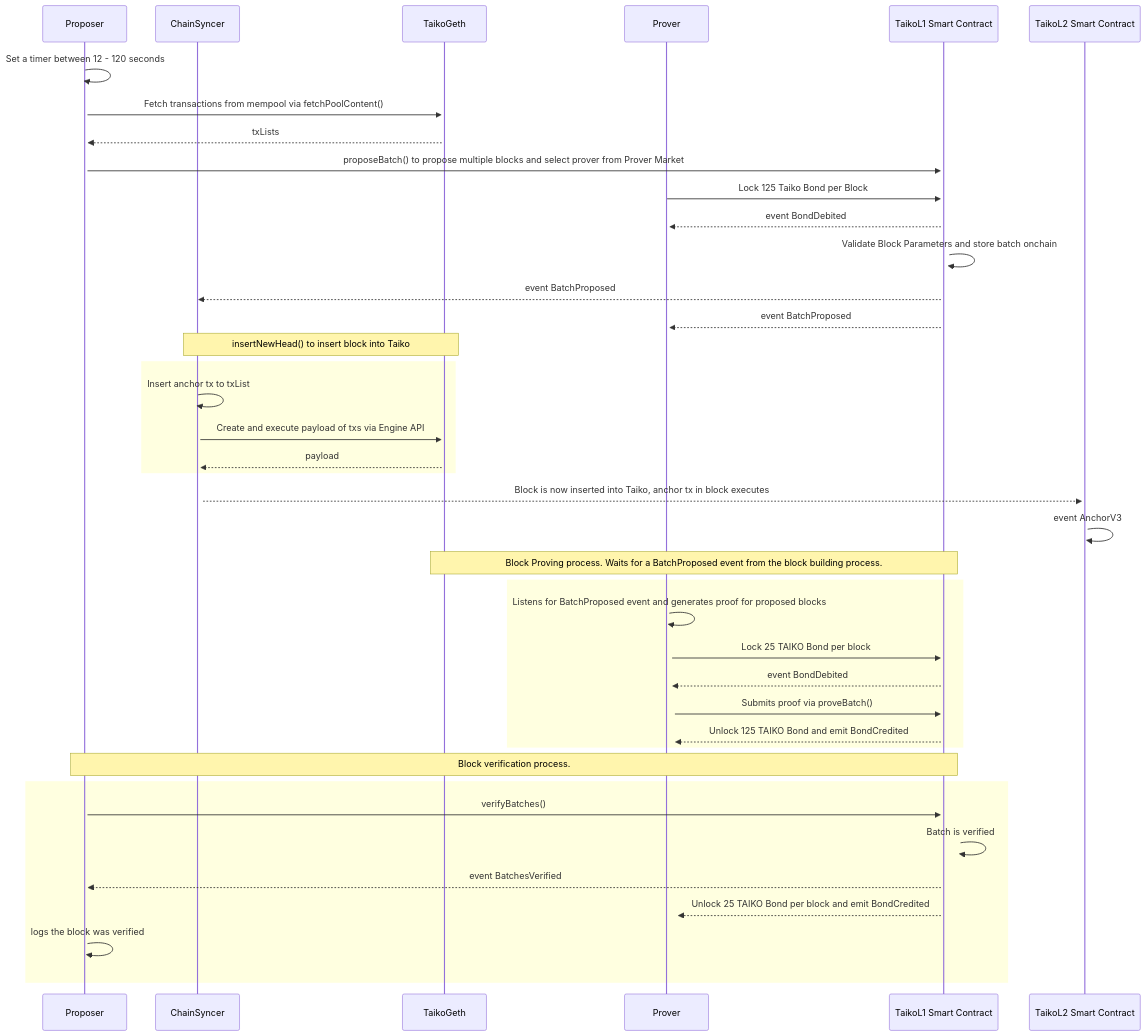
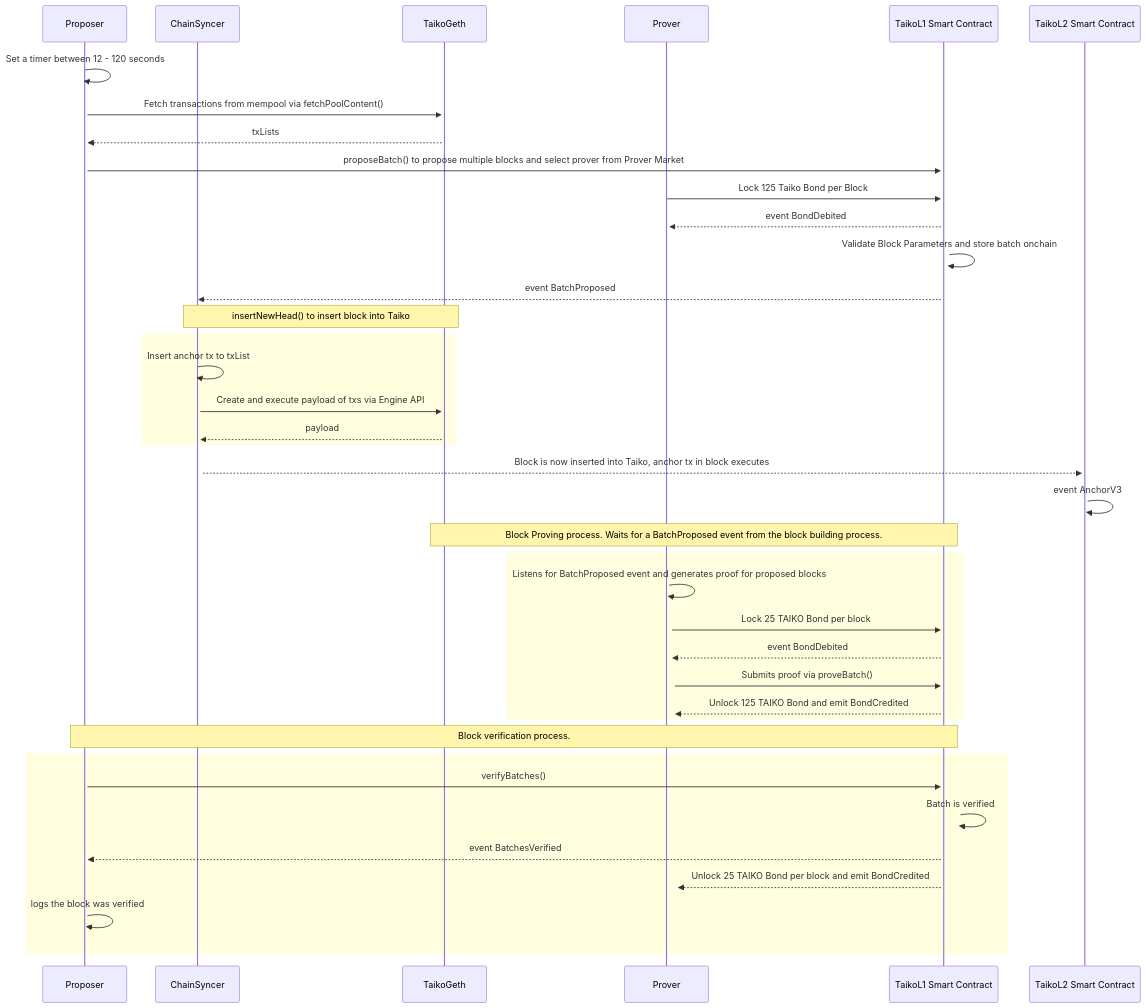
One commit to fahimahmedx/taiko-block-building changed the diagram in diagram.MD. Above: the diagram before and after it, drawn with Mermaid.

Commit message:
remove duplicate event

````diff
--- a/diagram.MD
+++ b/diagram.MD
@@ -1,44 +1,43 @@
 ```mermaid
 sequenceDiagram
 participant Proposer
 participant ChainSyncer
 participant TaikoGeth
 participant Prover
 participant TaikoL1 Smart Contract
 participant TaikoL2 Smart Contract
 
 
 Proposer->>+Proposer: Set a timer between 12 - 120 seconds
 Proposer->>+TaikoGeth: Fetch transactions from mempool via fetchPoolContent()
 TaikoGeth-->>Proposer: txLists
 Proposer->>+TaikoL1 Smart Contract: proposeBatch() to propose multiple blocks and select prover from Prover Market
 Prover->>+TaikoL1 Smart Contract: Lock 125 Taiko Bond per Block
 TaikoL1 Smart Contract-->>+Prover: event BondDebited
 TaikoL1 Smart Contract->>+TaikoL1 Smart Contract: Validate Block Parameters and store batch onchain
 TaikoL1 Smart Contract-->>ChainSyncer: event BatchProposed
-TaikoL1 Smart Contract-->>Prover: event BatchProposed
 note over ChainSyncer,TaikoGeth: insertNewHead() to insert block into Taiko
 rect LightYellow
 ChainSyncer->>+ChainSyncer: Insert anchor tx to txList
 ChainSyncer->>+TaikoGeth: Create and execute payload of txs via Engine API
 TaikoGeth-->>+ChainSyncer: payload
 end
 ChainSyncer-->>+TaikoL2 Smart Contract: Block is now inserted into Taiko, anchor tx in block executes
 TaikoL2 Smart Contract->>+TaikoL2 Smart Contract: event AnchorV3
 note over TaikoGeth,TaikoL1 Smart Contract: Block Proving process. Waits for a BatchProposed event from the block building process.
 rect LightYellow
 Prover->>+Prover: Listens for BatchProposed event and generates proof for proposed blocks
 Prover->>+TaikoL1 Smart Contract: Lock 25 TAIKO Bond per block
 TaikoL1 Smart Contract-->>+Prover: event BondDebited
 Prover->>+TaikoL1 Smart Contract: Submits proof via proveBatch()
 TaikoL1 Smart Contract-->>+Prover: Unlock 125 TAIKO Bond and emit BondCredited
 end
 note over Proposer,TaikoL1 Smart Contract: Block verification process.
 rect LightYellow
 Proposer->>+TaikoL1 Smart Contract: verifyBatches()
 TaikoL1 Smart Contract->>+TaikoL1 Smart Contract: Batch is verified
 TaikoL1 Smart Contract-->>Proposer: event BatchesVerified
 TaikoL1 Smart Contract-->>+Prover: Unlock 25 TAIKO Bond per block and emit BondCredited
 Proposer->>+Proposer: logs the block was verified
 end
 ```
````
